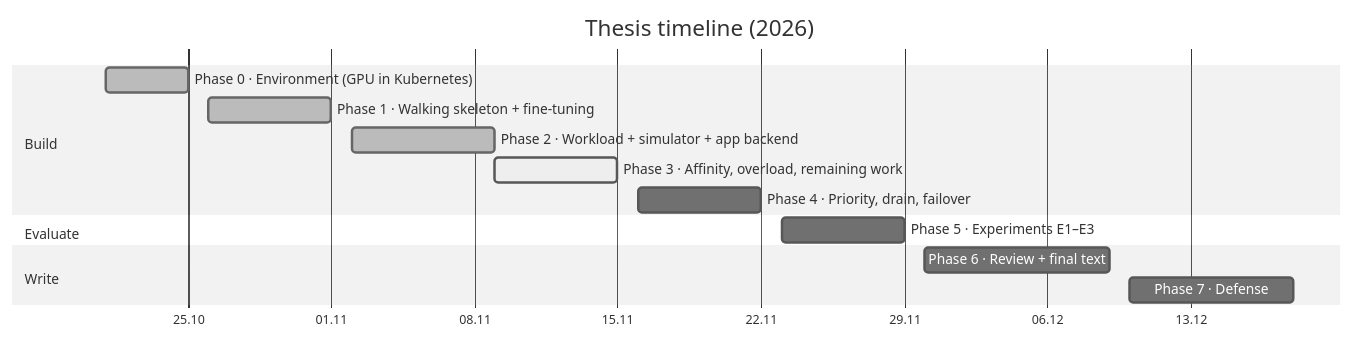
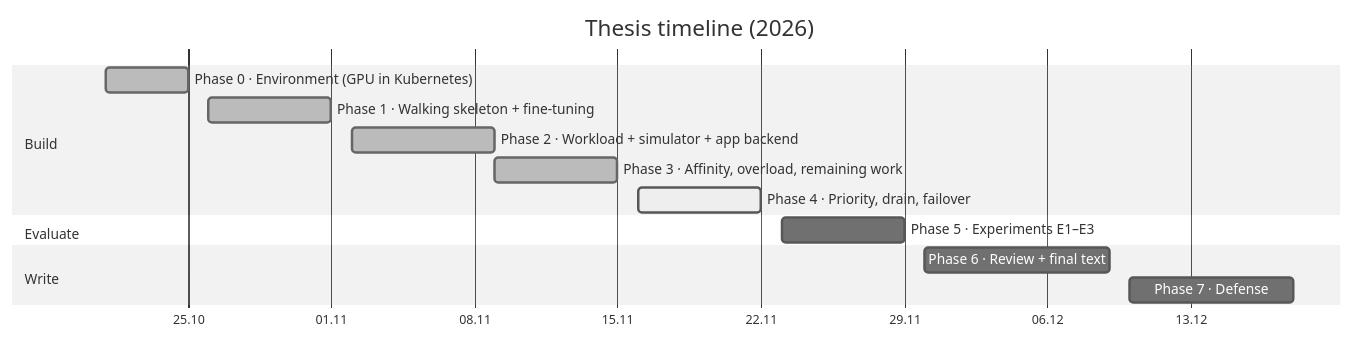
One commit to Dkostoski30/agent-aware-llm-routing changed the tenth of 10 diagrams in README.md. Above: the diagram before and after it, drawn with Mermaid (neutral theme). The commit also changed other lines of this file and 7 other files, not shown here.

````diff
--- a/README.md
+++ b/README.md
@@ -415,17 +428,17 @@
 ```mermaid
 gantt
     dateFormat YYYY-MM-DD
     axisFormat %d.%m
     title Thesis timeline (2026)
     section Build
     Phase 0 · Environment (GPU in Kubernetes)    :done,   p0, 2026-10-21, 2026-10-25
     Phase 1 · Walking skeleton + fine-tuning     :done,   p1, 2026-10-26, 2026-11-01
     Phase 2 · Workload + simulator + app backend :done,   p2, 2026-11-02, 2026-11-09
-    Phase 3 · Affinity, overload, remaining work :active, p3, 2026-11-09, 2026-11-15
-    Phase 4 · Priority, drain, failover          :        p4, 2026-11-16, 2026-11-22
+    Phase 3 · Affinity, overload, remaining work :done,   p3, 2026-11-09, 2026-11-15
+    Phase 4 · Priority, drain, failover          :active, p4, 2026-11-16, 2026-11-22
     section Evaluate
     Phase 5 · Experiments E1–E3                  :        p5, 2026-11-23, 2026-11-29
     section Write
     Phase 6 · Review + final text                :        p6, 2026-11-30, 2026-12-09
     Phase 7 · Defense                            :        p7, 2026-12-10, 2026-12-18
 ```
````
